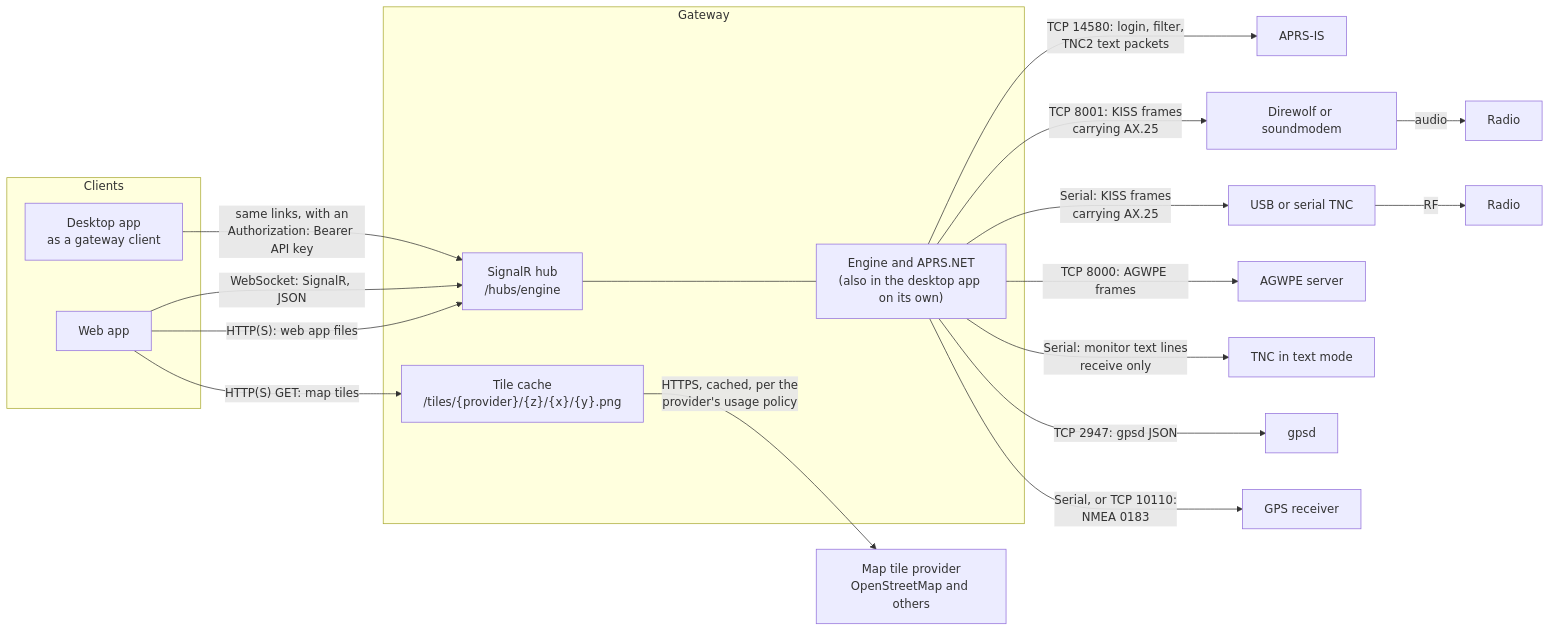
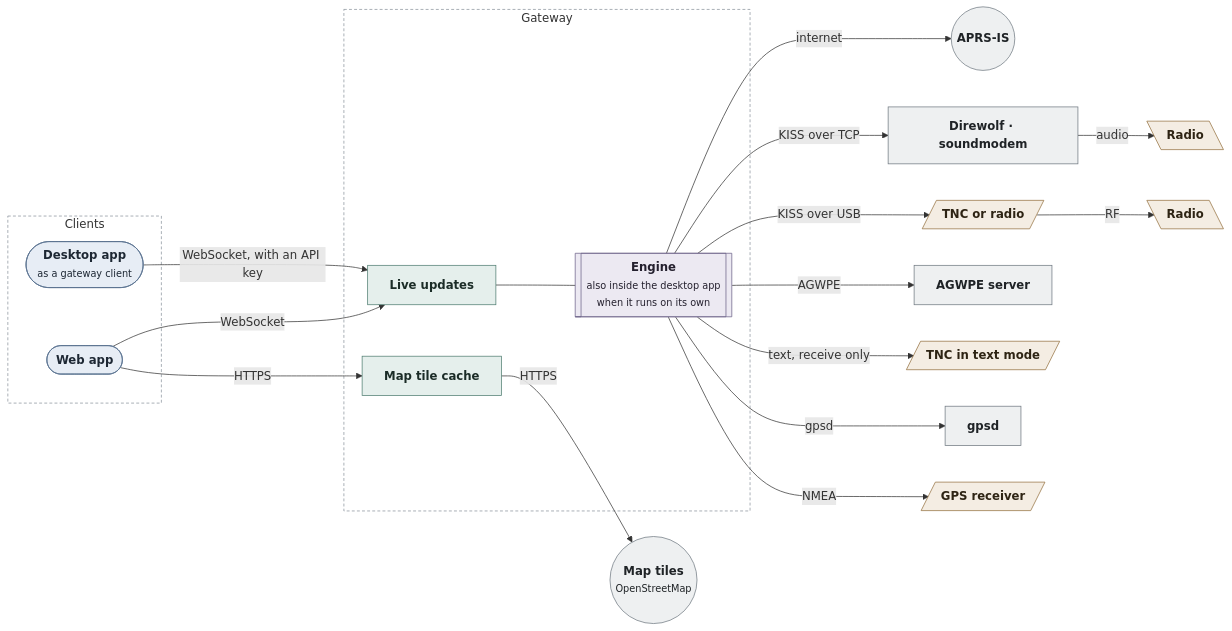
The second of 3 diagrams in README.md (APRS-NET/AprsMap), drawn with Mermaid before and after one commit. The commit also changed other lines of this file, not shown here.

Commit message:
docs(readme): quieter, styled diagrams with plainer links

````diff
--- a/README.md
+++ b/README.md
@@ -97,32 +107,44 @@
 ```mermaid
 flowchart LR
     subgraph clients["Clients"]
-        browser["Web app"]
-        desktopclient["Desktop app<br/>as a gateway client"]
+        browser(["<b>Web app</b>"])
+        desktopclient(["<b>Desktop app</b><br/><small>as a gateway client</small>"])
     end
 
     subgraph host["Gateway"]
-        hub["SignalR hub<br/>/hubs/engine"]
-        tiles["Tile cache<br/>/tiles/{provider}/{z}/{x}/{y}.png"]
-        engine["Engine and APRS.NET<br/>(also in the desktop app on its own)"]
+        hub["<b>Live updates</b>"]
+        tiles["<b>Map tile cache</b>"]
+        engine[["<b>Engine</b><br/><small>also inside the desktop app<br/>when it runs on its own</small>"]]
         hub --- engine
     end
 
-    browser -- "HTTP(S): web app files" --> hub
-    browser -- "WebSocket: SignalR, JSON" --> hub
-    browser -- "HTTP(S) GET: map tiles" --> tiles
-    desktopclient -- "same links, with an<br/>Authorization: Bearer API key" --> hub
+    browser -- "WebSocket" --> hub
+    browser -- "HTTPS" --> tiles
+    desktopclient -- "WebSocket, with an API key" --> hub
 
-    tiles -- "HTTPS, cached, per the<br/>provider's usage policy" --> provider["Map tile provider<br/>OpenStreetMap and others"]
+    tiles -- "HTTPS" --> provider(("<b>Map tiles</b><br/><small>OpenStreetMap</small>"))
 
-    engine -- "TCP 14580: login, filter,<br/>TNC2 text packets" --> aprsis["APRS-IS"]
-    engine -- "TCP 8001: KISS frames<br/>carrying AX.25" --> direwolf["Direwolf or soundmodem"]
-    engine -- "Serial: KISS frames<br/>carrying AX.25" --> kiss["USB or serial TNC"]
-    engine -- "TCP 8000: AGWPE frames" --> agwpe["AGWPE server"]
-    engine -- "Serial: monitor text lines<br/>receive only" --> text["TNC in text mode"]
-    engine -- "TCP 2947: gpsd JSON" --> gpsd["gpsd"]
-    engine -- "Serial, or TCP 10110:<br/>NMEA 0183" --> nmea["GPS receiver"]
+    engine -- "internet" --> aprsis(("<b>APRS-IS</b>"))
+    engine -- "KISS over TCP" --> direwolf["<b>Direwolf · soundmodem</b>"]
+    engine -- "KISS over USB" --> kiss[/"<b>TNC or radio</b>"/]
+    engine -- "AGWPE" --> agwpe["<b>AGWPE server</b>"]
+    engine -- "text, receive only" --> text[/"<b>TNC in text mode</b>"/]
+    engine -- "gpsd" --> gpsd["<b>gpsd</b>"]
+    engine -- "NMEA" --> nmea[/"<b>GPS receiver</b>"/]
 
-    direwolf -- "audio" --> radio1["Radio"]
-    kiss -- "RF" --> radio2["Radio"]
+    direwolf -- "audio" --> radio1[\"<b>Radio</b>"\]
+    kiss -- "RF" --> radio2[\"<b>Radio</b>"\]
+
+    classDef client fill:#e7edf5,stroke:#58708f,color:#1d2733
+    classDef host fill:#e5efec,stroke:#4f7d71,color:#1b2c27
+    classDef core fill:#ece9f2,stroke:#6b6188,color:#24202e
+    classDef network fill:#eef0f1,stroke:#6f7880,color:#1f2326
+    classDef device fill:#f4ede3,stroke:#94703f,color:#2e2414
+    class browser,desktopclient client
+    class hub,tiles host
+    class engine core
+    class aprsis,direwolf,agwpe,gpsd,provider network
+    class kiss,text,nmea,radio1,radio2 device
+    style clients fill:none,stroke:#8a939c,stroke-dasharray:4 3
+    style host fill:none,stroke:#8a939c,stroke-dasharray:4 3
 ```
````
